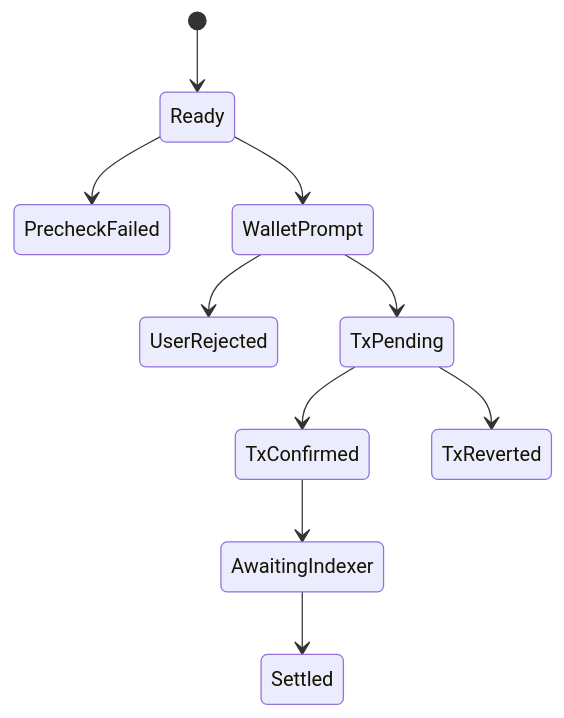
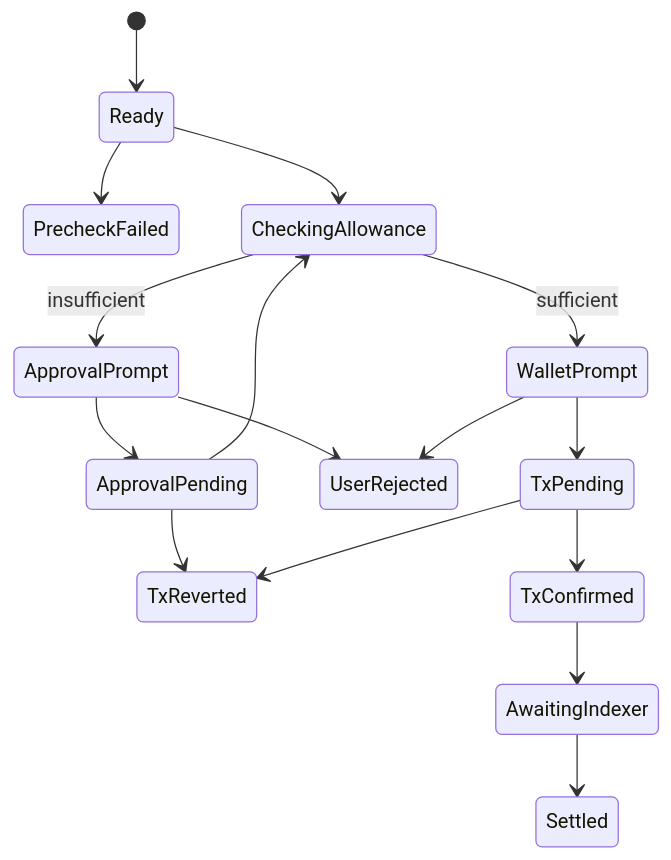
The third of 3 diagrams in book/Volume6-Frontend-And-SDK/Chapter03-Submit-Flow.md (alvis-ai/production-grade-web3-rfq-market-maker), drawn with Mermaid before and after one commit. The commit also changed other lines of this file and 14 other files, not shown here.

````diff
--- a/book/Volume6-Frontend-And-SDK/Chapter03-Submit-Flow.md
+++ b/book/Volume6-Frontend-And-SDK/Chapter03-Submit-Flow.md
@@ -88,12 +106,18 @@
 ```mermaid
 stateDiagram-v2
   [*] --> Ready
   Ready --> PrecheckFailed
-  Ready --> WalletPrompt
+  Ready --> CheckingAllowance
+  CheckingAllowance --> ApprovalPrompt: insufficient
+  CheckingAllowance --> WalletPrompt: sufficient
+  ApprovalPrompt --> ApprovalPending
+  ApprovalPrompt --> UserRejected
+  ApprovalPending --> CheckingAllowance
+  ApprovalPending --> TxReverted
   WalletPrompt --> UserRejected
   WalletPrompt --> TxPending
   TxPending --> TxConfirmed
   TxPending --> TxReverted
   TxConfirmed --> AwaitingIndexer
   AwaitingIndexer --> Settled
 ```
````
